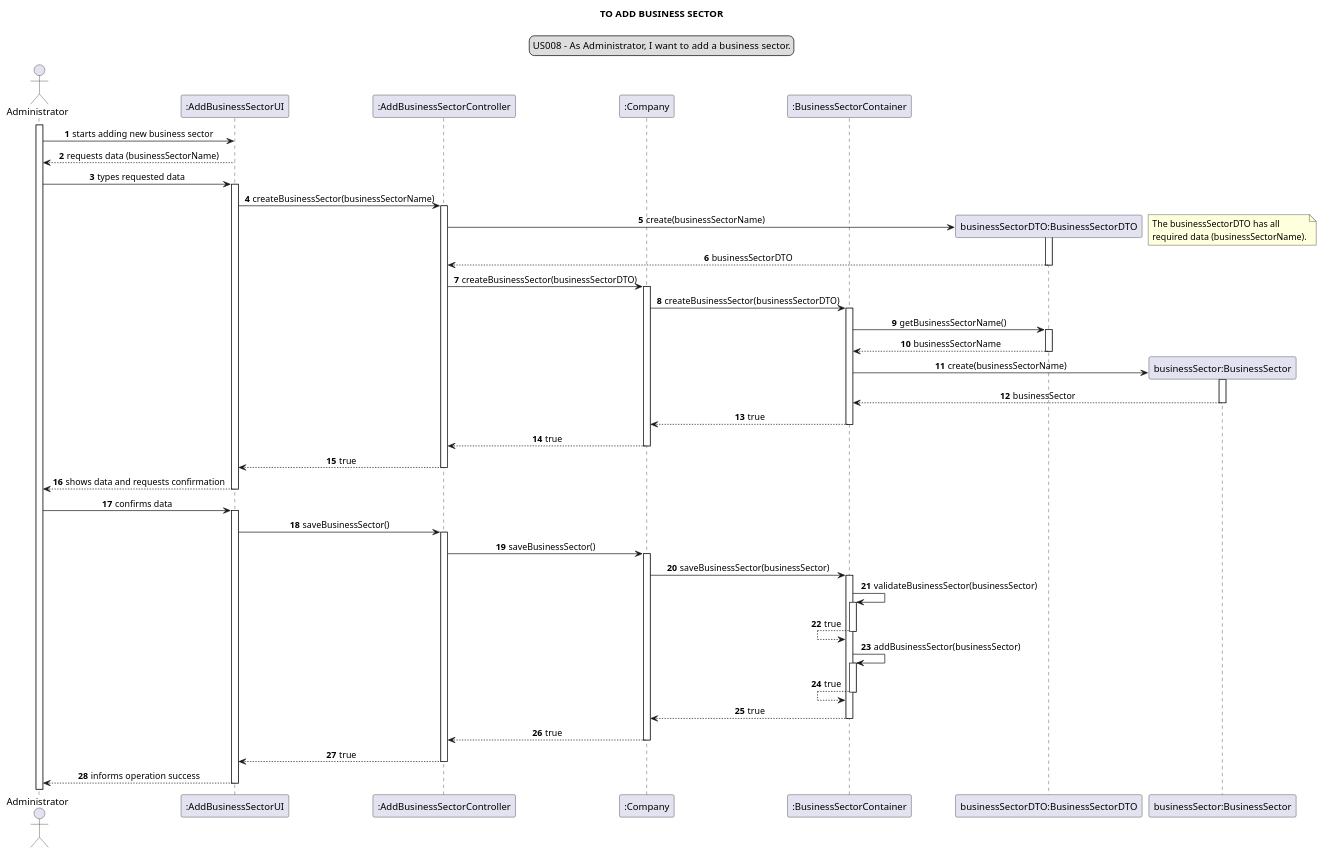
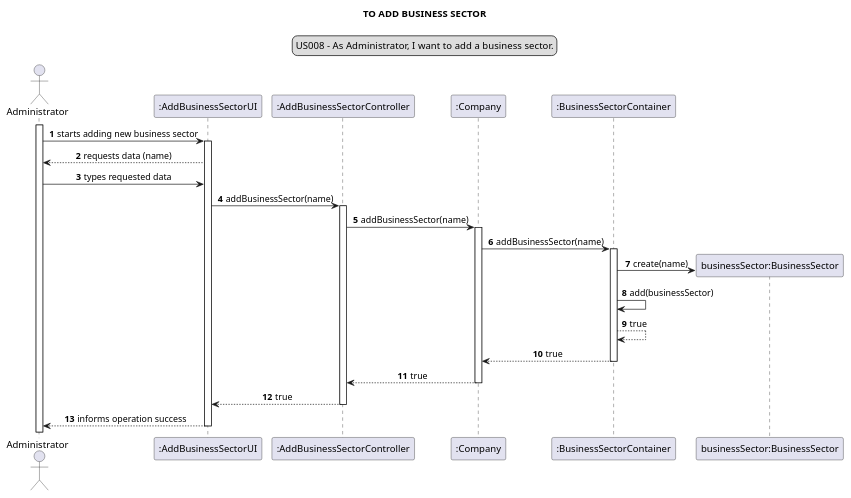
One commit to Loracline/project_switch_22-23 changed the diagram in docs/modelling_design/user_stories/us008/US008_sequenceDiagram.puml. Above: the diagram before and after it, drawn with PlantUML. The commit also changed 1 other file, not shown here.

Commit message:
US008 | Sequence Diagram v1 - Removing of DTO, simplification of methods | Class Diagram v0

```diff
--- a/docs/modelling_design/user_stories/us008/US008_sequenceDiagram.puml
+++ b/docs/modelling_design/user_stories/us008/US008_sequenceDiagram.puml
@@ -1,81 +1,42 @@
 @startuml
 'https://plantuml.com/sequence-diagram
 
 autonumber
 skinparam sequenceMessageAlign center
 title TO ADD BUSINESS SECTOR
 legend top
 US008 - As Administrator, I want to add a business sector.
 end legend
 
 actor Administrator as a
 participant ":AddBusinessSectorUI" as absui
 participant ":AddBusinessSectorController" as absc
 participant ":Company" as c
 participant ":BusinessSectorContainer" as bsc
-participant "businessSectorDTO:BusinessSectorDTO" as bsdto
 participant "businessSector:BusinessSector" as bs
 
 activate a
 a -> absui: starts adding new business sector
-a <-- absui: requests data (businessSectorName)
+activate absui
+a <-- absui: requests data (name)
 a -> absui: types requested data
-activate absui
-absui -> absc: createBusinessSector(businessSectorName)
+absui -> absc: addBusinessSector(name)
 activate absc
-create bsdto
-absc -> bsdto: create(businessSectorName)
-activate bsdto
-note right
-  The businessSectorDTO has all
-  required data (businessSectorName).
-end note
-absc <-- bsdto: businessSectorDTO
-deactivate bsdto
-absc -> c: createBusinessSector(businessSectorDTO)
+absc -> c: addBusinessSector(name)
 activate c
-c -> bsc: createBusinessSector(businessSectorDTO)
+c -> bsc: addBusinessSector(name)
 activate bsc
-bsc -> bsdto: getBusinessSectorName()
-activate bsdto
-bsc <-- bsdto: businessSectorName
-deactivate bsdto
 create bs
-bsc -> bs: create(businessSectorName)
-activate bs
-bsc <-- bs: businessSector
-deactivate bs
-c <-- bsc: true
-deactivate bsc
-absc <-- c: true
-deactivate c
-absui <-- absc: true
-deactivate absc
-a <-- absui: shows data and requests confirmation
-deactivate absui
-a -> absui: confirms data
-activate absui
-absui -> absc: saveBusinessSector()
-activate absc
-absc -> c: saveBusinessSector()
-activate c
-c -> bsc: saveBusinessSector(businessSector)
-activate bsc
-bsc -> bsc: validateBusinessSector(businessSector)
-activate bsc
-bsc <-- bsc: true
-deactivate bsc
-bsc -> bsc: addBusinessSector(businessSector)
-activate bsc
-bsc <-- bsc: true
-deactivate bsc
+bsc -> bs: create(name)
+bsc -> bsc: add(businessSector)
+bsc --> bsc: true
 c <-- bsc: true
 deactivate bsc
 absc <-- c: true
 deactivate c
 absui <-- absc: true
 deactivate absc
 a <-- absui: informs operation success
 deactivate absui
 
 @enduml
```
